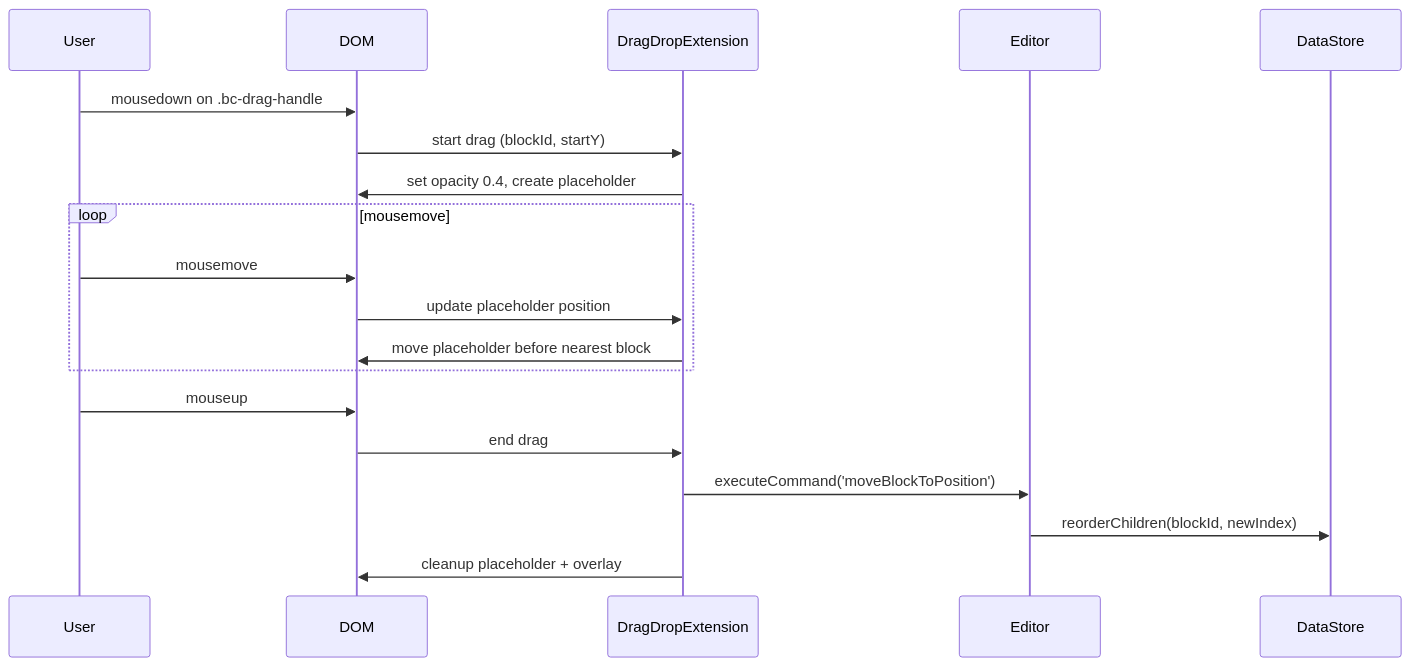
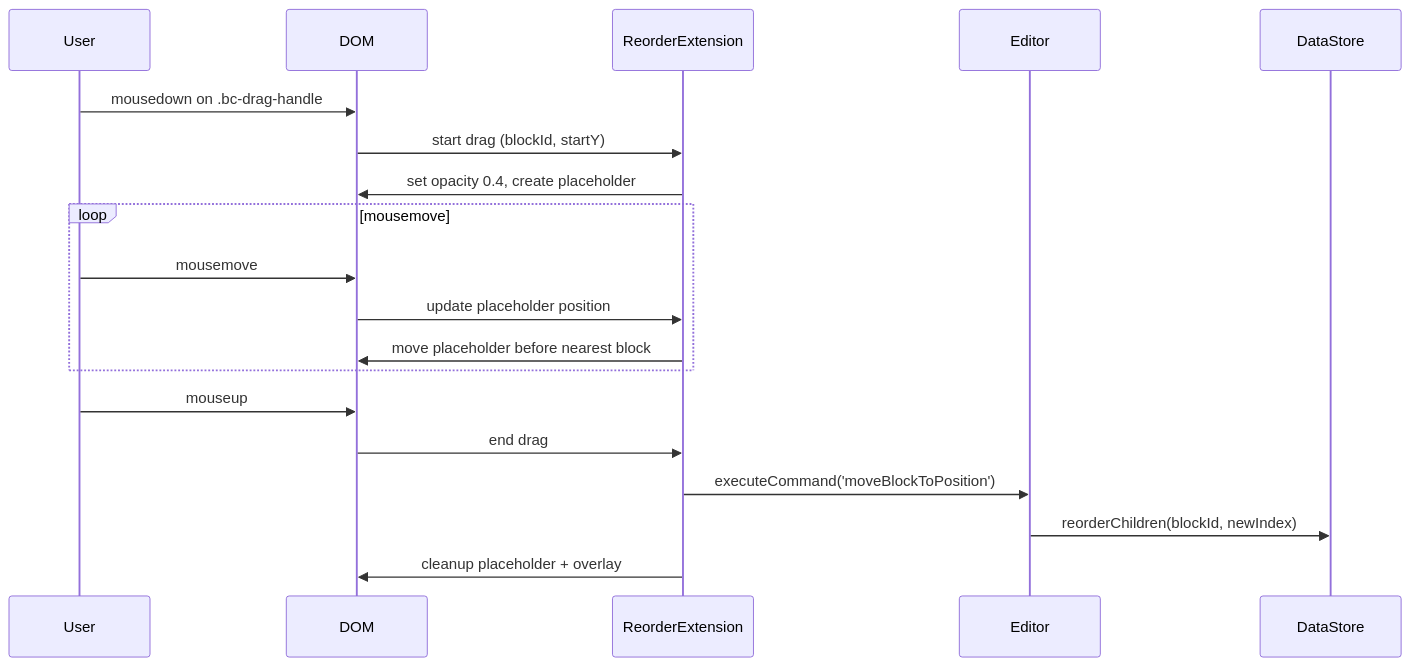
The first of 2 diagrams in apps/docs-site/docs/concepts/drag-and-drop.md (barocss/barocss-editor), drawn with Mermaid before and after one commit. The commit also changed other lines of this file and 15 other files, not shown here.

First line of the commit message:
refactor(extensions): dragDrop becomes reorder, because that is what it does

````diff
--- a/apps/docs-site/docs/concepts/drag-and-drop.md
+++ b/apps/docs-site/docs/concepts/drag-and-drop.md
@@ -7,24 +7,24 @@
 ```mermaid
 sequenceDiagram
     participant User
     participant DOM
-    participant DragDrop as DragDropExtension
+    participant DragDrop as ReorderExtension
     participant Editor
     participant DataStore
 
     User->>DOM: mousedown on .bc-drag-handle
     DOM->>DragDrop: start drag (blockId, startY)
     DragDrop->>DOM: set opacity 0.4, create placeholder
 
     loop mousemove
         User->>DOM: mousemove
         DOM->>DragDrop: update placeholder position
         DragDrop->>DOM: move placeholder before nearest block
     end
 
     User->>DOM: mouseup
     DOM->>DragDrop: end drag
     DragDrop->>Editor: executeCommand('moveBlockToPosition')
     Editor->>DataStore: reorderChildren(blockId, newIndex)
     DragDrop->>DOM: cleanup placeholder + overlay
 ```
````
